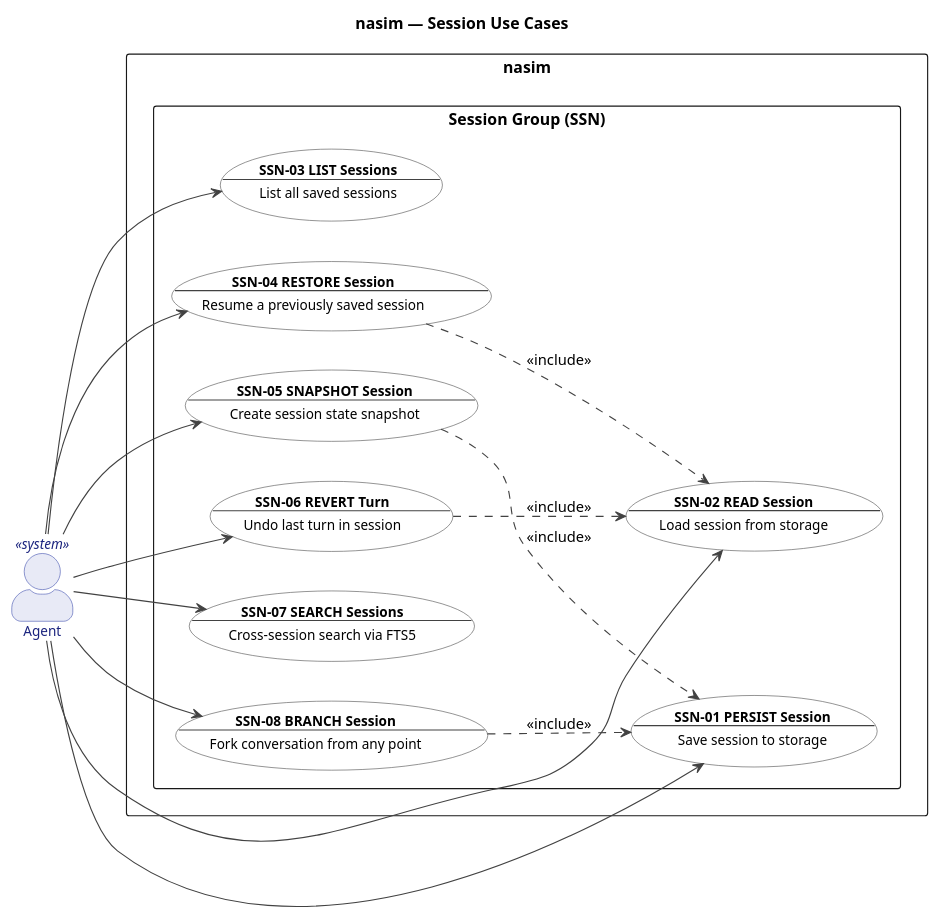
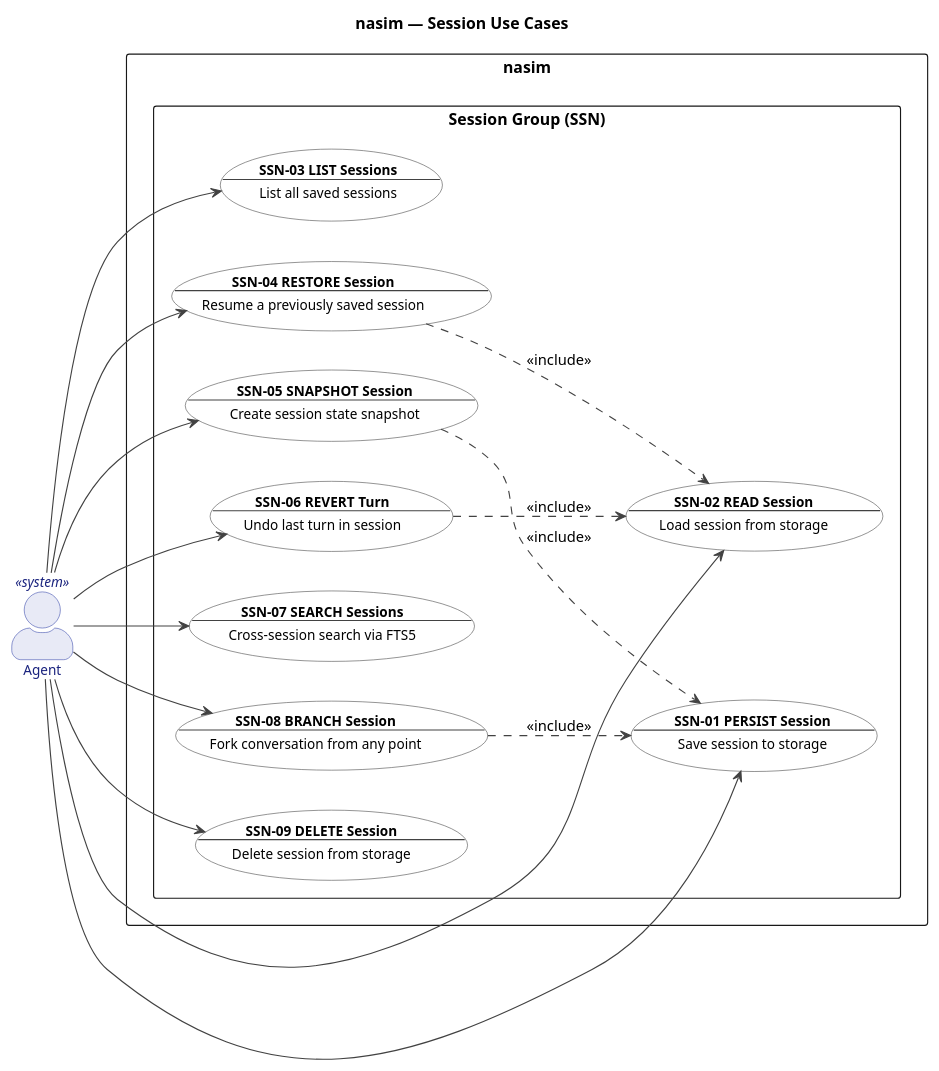
The first of 22 diagrams in UC.md (salimnamvar/nasim), drawn with PlantUML before and after one commit. The commit also changed other lines of this file and 3 other files, not shown here.

Commit message:
docs: Update documentation paths and enhance component diagram descriptions

```diff
--- a/UC.md
+++ b/UC.md
@@ -226,6 +225,7 @@
     usecase "**SSN-06 REVERT Turn**\n--\nUndo last turn in session" as SSN06
     usecase "**SSN-07 SEARCH Sessions**\n--\nCross-session search via FTS5" as SSN07
     usecase "**SSN-08 BRANCH Session**\n--\nFork conversation from any point" as SSN08
+    usecase "**SSN-09 DELETE Session**\n--\nDelete session from storage" as SSN09
   }
 }
 
@@ -241,6 +241,7 @@
 Agent --> SSN06
 Agent --> SSN07
 Agent --> SSN08
+Agent --> SSN09
 
 ' ============================================================
 ' Relationships
```
